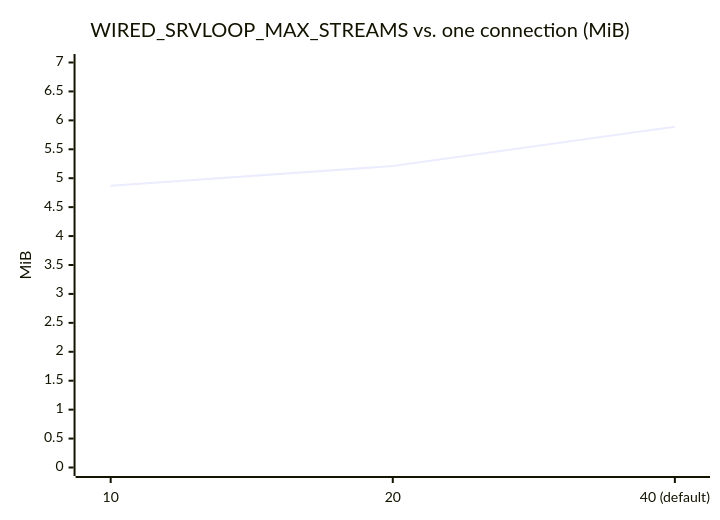
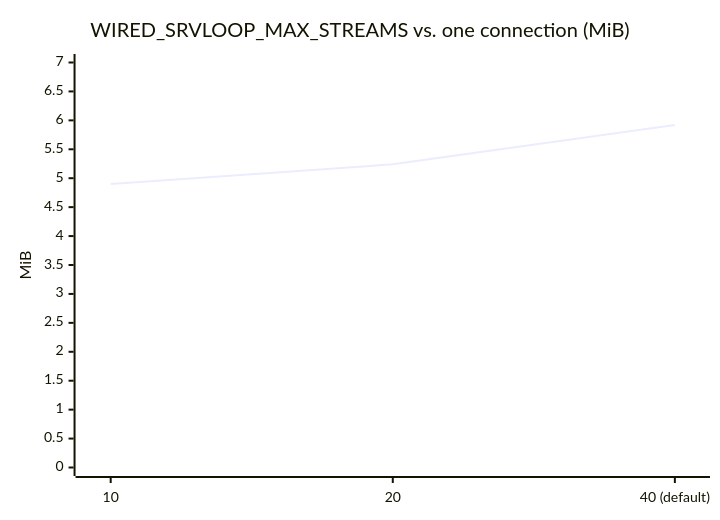
Before and after one commit to Hakkadaikon/wired: the fifth of 9 diagrams in docs/arch/memory.md, drawn with Mermaid. The commit also changed other lines of this file and 7 other files, not shown here.

````diff
--- a/docs/arch/memory.md
+++ b/docs/arch/memory.md
@@ -131,7 +131,7 @@
 ```mermaid
 xychart-beta
     title "WIRED_SRVLOOP_MAX_STREAMS vs. one connection (MiB)"
     x-axis ["10", "20", "40 (default)"]
     y-axis "MiB" 0 --> 7
-    line [4.87, 5.21, 5.89]
+    line [4.90, 5.24, 5.92]
 ```
````
